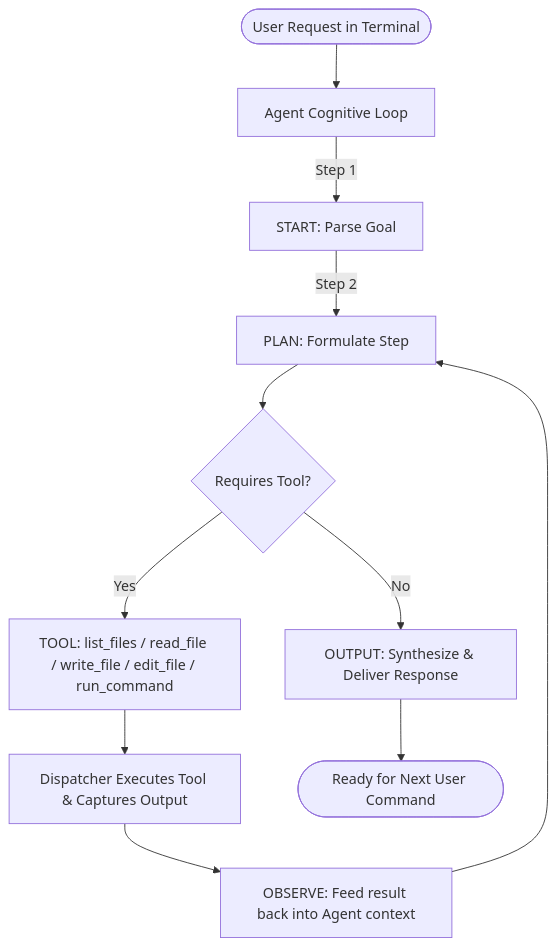
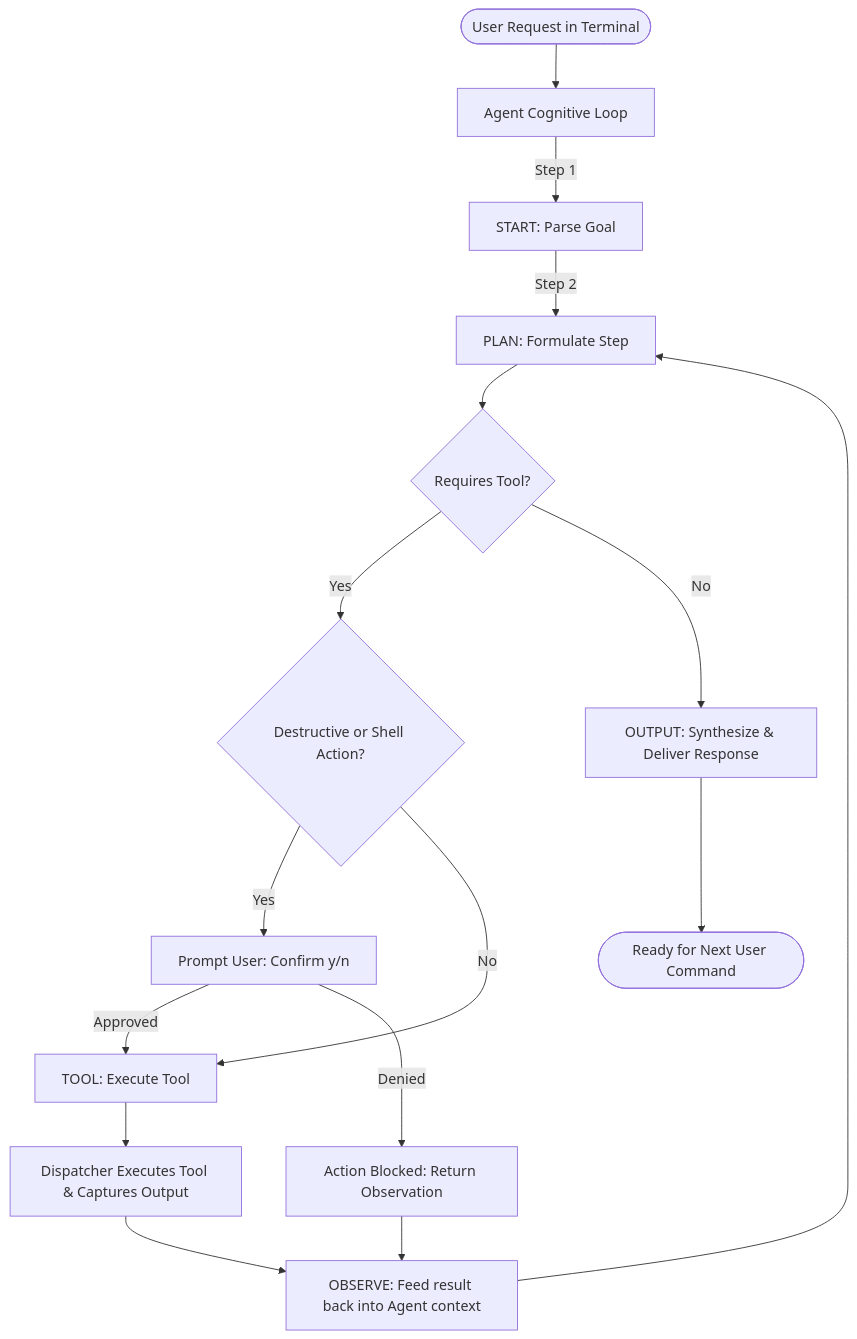
Before and after one commit to Rohit18457/autocodex: the diagram in README.md, drawn with Mermaid. The commit also changed other lines of this file and 2 other files, not shown here.

Commit message:
feat: add human-in-the-loop safety guard and protect git push

````diff
--- a/README.md
+++ b/README.md
@@ -34,13 +37,18 @@
 ```mermaid
 flowchart TD
     User([User Request in Terminal]) --> Agent[Agent Cognitive Loop]
     Agent -->|Step 1| Start[START: Parse Goal]
     Start -->|Step 2| Plan[PLAN: Formulate Step]
     Plan --> Decision{Requires Tool?}
-    Decision -->|Yes| Tool[TOOL: list_files / read_file / write_file / edit_file / run_command]
+    Decision -->|Yes| Safety{Destructive or Shell Action?}
+    Safety -->|Yes| Prompt[Prompt User: Confirm y/n]
+    Prompt -->|Approved| Tool[TOOL: Execute Tool]
+    Prompt -->|Denied| Denied[Action Blocked: Return Observation]
+    Safety -->|No| Tool
     Tool --> Execute[Dispatcher Executes Tool & Captures Output]
     Execute --> Observe[OBSERVE: Feed result back into Agent context]
+    Denied --> Observe
     Observe --> Plan
     Decision -->|No| Output[OUTPUT: Synthesize & Deliver Response]
     Output --> Done([Ready for Next User Command])
 ```
````
